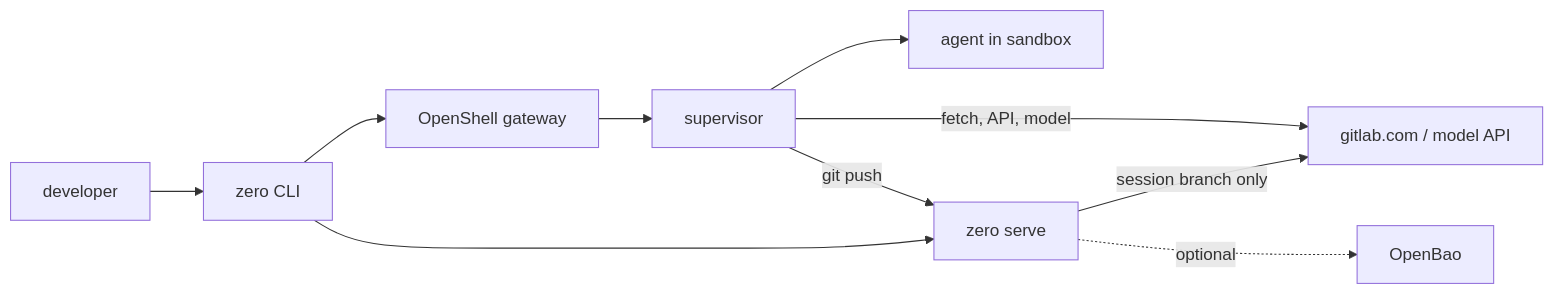
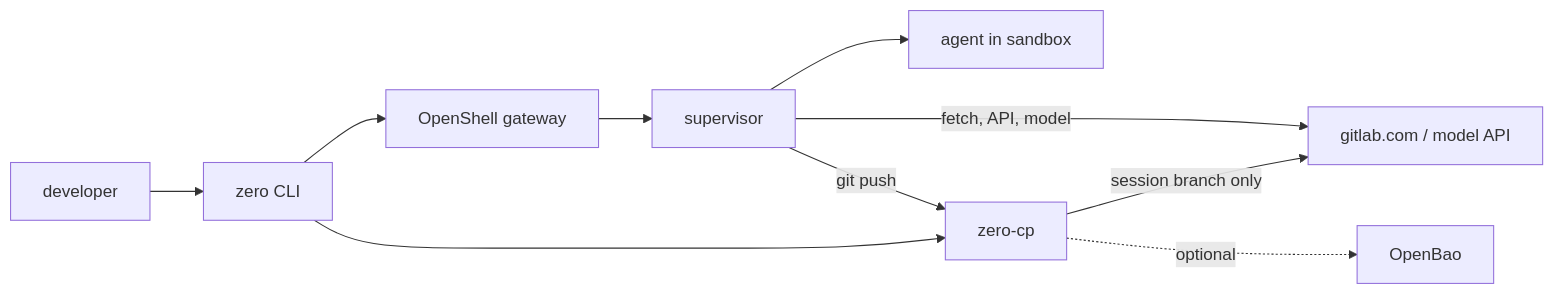
One commit to Breee/z3r0 changed the diagram in docs/architecture/28-target-architecture.md. Above: the diagram before and after it, drawn with Mermaid. The commit also changed other lines of this file and 6 other files, not shown here.

````diff
--- a/docs/architecture/28-target-architecture.md
+++ b/docs/architecture/28-target-architecture.md
@@ -20,12 +20,12 @@
 ```mermaid
 flowchart LR
   dev[developer] --> cli[zero CLI]
   cli --> gw[OpenShell gateway]
-  cli --> srv[zero serve]
+  cli --> srv[zero-cp]
   gw --> sup[supervisor]
   sup --> agent[agent in sandbox]
   sup -- fetch, API, model --> ext[gitlab.com / model API]
   sup -- git push --> srv
   srv -- session branch only --> ext
   srv -. optional .-> bao[OpenBao]
 ```
````
